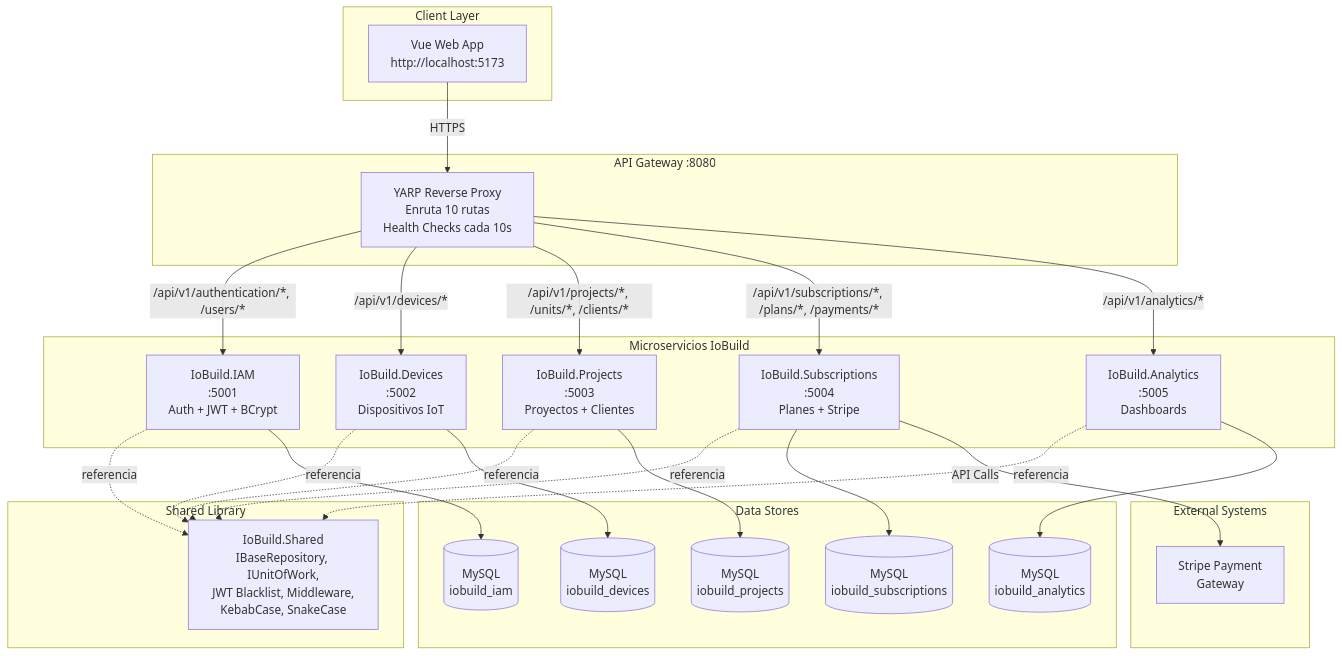
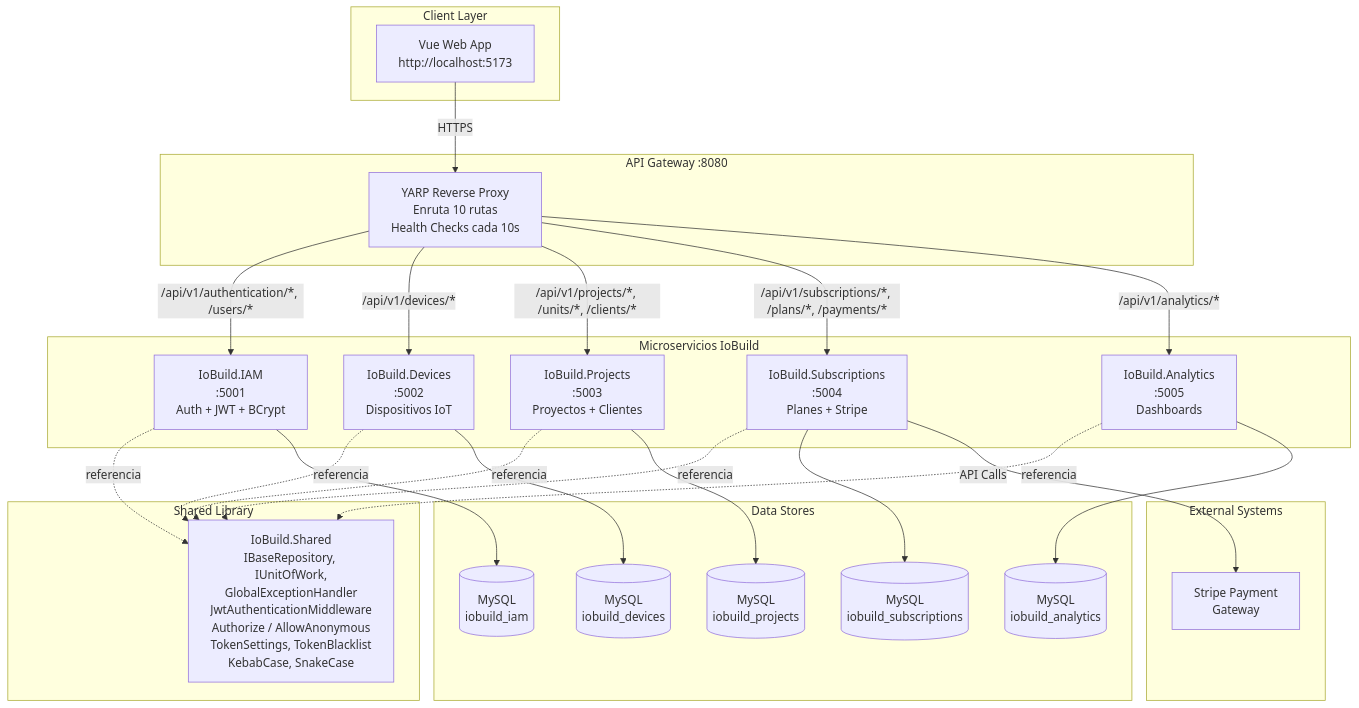
Before and after one commit to hallzyx/ioBuild-microservices: the diagram in 5.1_Section.md, drawn with Mermaid. The commit also changed other lines of this file and 22 other files, not shown here.

````diff
--- a/5.1_Section.md
+++ b/5.1_Section.md
@@ -804,54 +826,54 @@
 ```mermaid
 graph TD
     subgraph "Client Layer"
         UI[Vue Web App<br/>http://localhost:5173]
     end
 
     subgraph "API Gateway :8080"
         GW[YARP Reverse Proxy<br/>Enruta 10 rutas<br/>Health Checks cada 10s]
     end
 
     subgraph "Microservicios IoBuild"
         IAM[IoBuild.IAM<br/>:5001<br/>Auth + JWT + BCrypt]
         DEV[IoBuild.Devices<br/>:5002<br/>Dispositivos IoT]
         PROJ[IoBuild.Projects<br/>:5003<br/>Proyectos + Clientes]
         SUB[IoBuild.Subscriptions<br/>:5004<br/>Planes + Stripe]
         ANL[IoBuild.Analytics<br/>:5005<br/>Dashboards]
     end
 
     subgraph "Shared Library"
-        SHARED[IoBuild.Shared<br/>IBaseRepository, IUnitOfWork,<br/>JWT Blacklist, Middleware,<br/>KebabCase, SnakeCase]
+        SHARED[IoBuild.Shared<br/>IBaseRepository, IUnitOfWork,<br/>GlobalExceptionHandler<br/>JwtAuthenticationMiddleware<br/>Authorize / AllowAnonymous<br/>TokenSettings, TokenBlacklist<br/>KebabCase, SnakeCase]
     end
 
     subgraph "Data Stores"
         MYSQL_IAM[(MySQL<br/>iobuild_iam)]
         MYSQL_DEV[(MySQL<br/>iobuild_devices)]
         MYSQL_PROJ[(MySQL<br/>iobuild_projects)]
         MYSQL_SUB[(MySQL<br/>iobuild_subscriptions)]
         MYSQL_ANL[(MySQL<br/>iobuild_analytics)]
     end
 
     subgraph "External Systems"
         STRIPE[Stripe Payment<br/>Gateway]
     end
 
     UI -->|HTTPS| GW
     GW -->|/api/v1/authentication/*, /users/*| IAM
     GW -->|/api/v1/devices/*| DEV
     GW -->|/api/v1/projects/*, /units/*, /clients/*| PROJ
     GW -->|/api/v1/subscriptions/*, /plans/*, /payments/*| SUB
     GW -->|/api/v1/analytics/*| ANL
 
     IAM -.->|referencia| SHARED
     DEV -.->|referencia| SHARED
     PROJ -.->|referencia| SHARED
     SUB -.->|referencia| SHARED
     ANL -.->|referencia| SHARED
 
     IAM --> MYSQL_IAM
     DEV --> MYSQL_DEV
     PROJ --> MYSQL_PROJ
     SUB --> MYSQL_SUB
     ANL --> MYSQL_ANL
     SUB -->|API Calls| STRIPE
 ```
````
